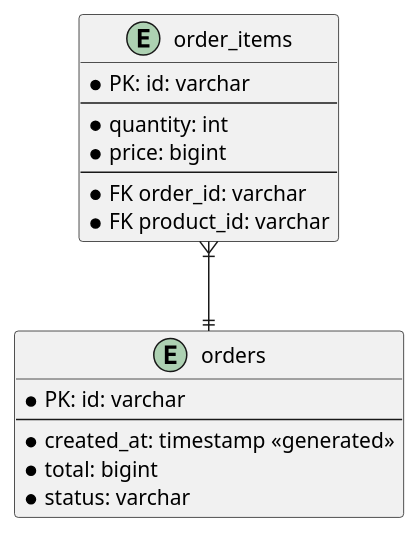
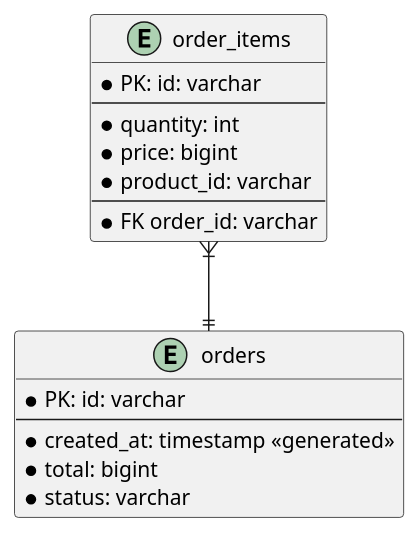
Before and after one commit to sokimaaa/6CORE: the diagram in 1-documentation/er-diagram/script/order.puml, drawn with PlantUML. The commit also changed 2 other files, not shown here.

```diff
--- a/1-documentation/er-diagram/script/order.puml
+++ b/1-documentation/er-diagram/script/order.puml
@@ -1,24 +1,24 @@
 @startuml
 'https://plantuml.com/ie-diagram
 
 entity "order_items" as ori {
  * PK: id: varchar
  --
  * quantity: int
  * price: bigint
+ * product_id: varchar
  --
  * FK order_id: varchar
- * FK product_id: varchar
 }
 
 entity "orders" as or {
  * PK: id: varchar
  --
  * created_at: timestamp <<generated>>
  * total: bigint
  * status: varchar
 }
 
 ori }|--|| or
 
 @enduml
```
